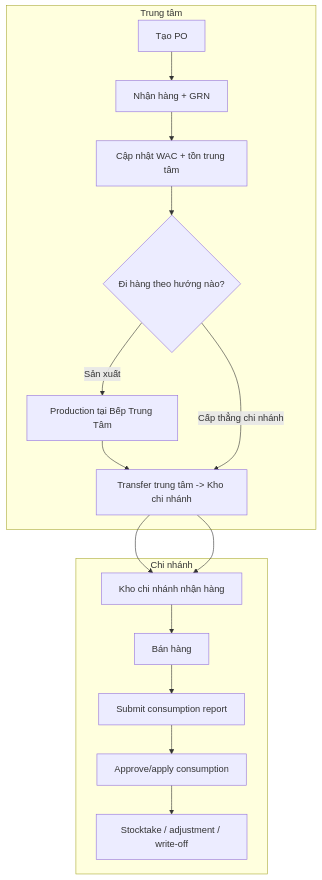
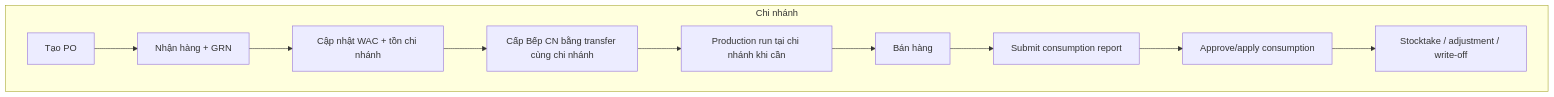
The second of 4 diagrams in docs/spec/inventory-overview-diagrams.md (comtammatu/comtammatu), drawn with Mermaid before and after one commit. The commit also changed other lines of this file and 16 other files, not shown here.

````diff
--- a/docs/spec/inventory-overview-diagrams.md
+++ b/docs/spec/inventory-overview-diagrams.md
@@ -42,24 +41,16 @@
 ```mermaid
 flowchart TD
-    subgraph central["Trung tâm"]
-        H1["Tạo PO"]
-        H2["Nhận hàng + GRN"]
-        H3["Cập nhật WAC + tồn trung tâm"]
-        H4{"Đi hàng theo hướng nào?"}
-        H5["Production tại Bếp Trung Tâm"]
-        H6["Transfer trung tâm -> Kho chi nhánh"]
+    subgraph BR["Chi nhánh"]
+        B1["Tạo PO"]
+        B2["Nhận hàng + GRN"]
+        B3["Cập nhật WAC + tồn chi nhánh"]
+        B4["Cấp Bếp CN bằng transfer cùng chi nhánh"]
+        B5["Production run tại chi nhánh khi cần"]
+        B6["Bán hàng"]
+        B7["Submit consumption report"]
+        B8["Approve/apply consumption"]
+        B9["Stocktake / adjustment / write-off"]
     end
 
-    subgraph BR["Chi nhánh"]
-        B1["Kho chi nhánh nhận hàng"]
-        B2["Bán hàng"]
-        B3["Submit consumption report"]
-        B4["Approve/apply consumption"]
-        B5["Stocktake / adjustment / write-off"]
-    end
-
-    H1 --> H2 --> H3 --> H4
-    H4 -->|"Sản xuất"| H5 --> H6 --> B1
-    H4 -->|"Cấp thẳng chi nhánh"| H6 --> B1
-    B1 --> B2 --> B3 --> B4 --> B5
+    B1 --> B2 --> B3 --> B4 --> B5 --> B6 --> B7 --> B8 --> B9
 ```
````
